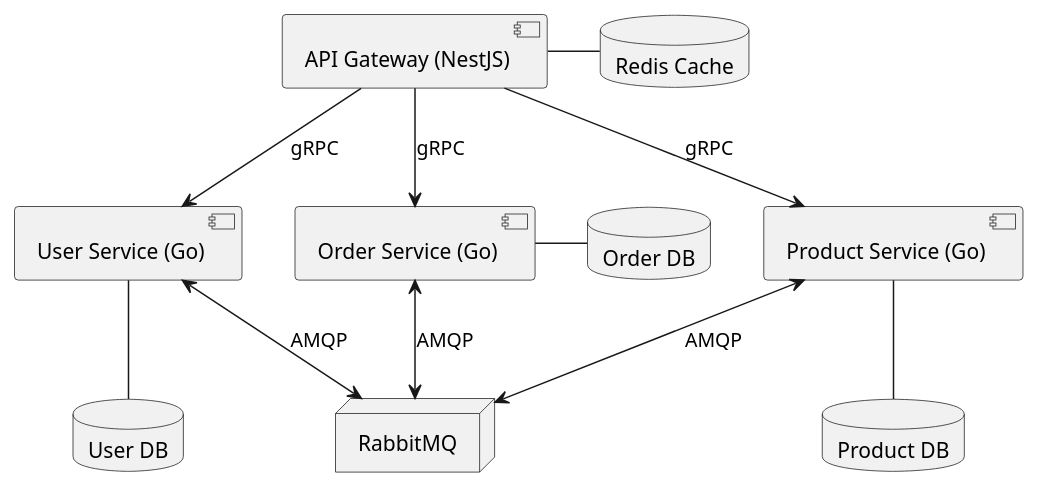
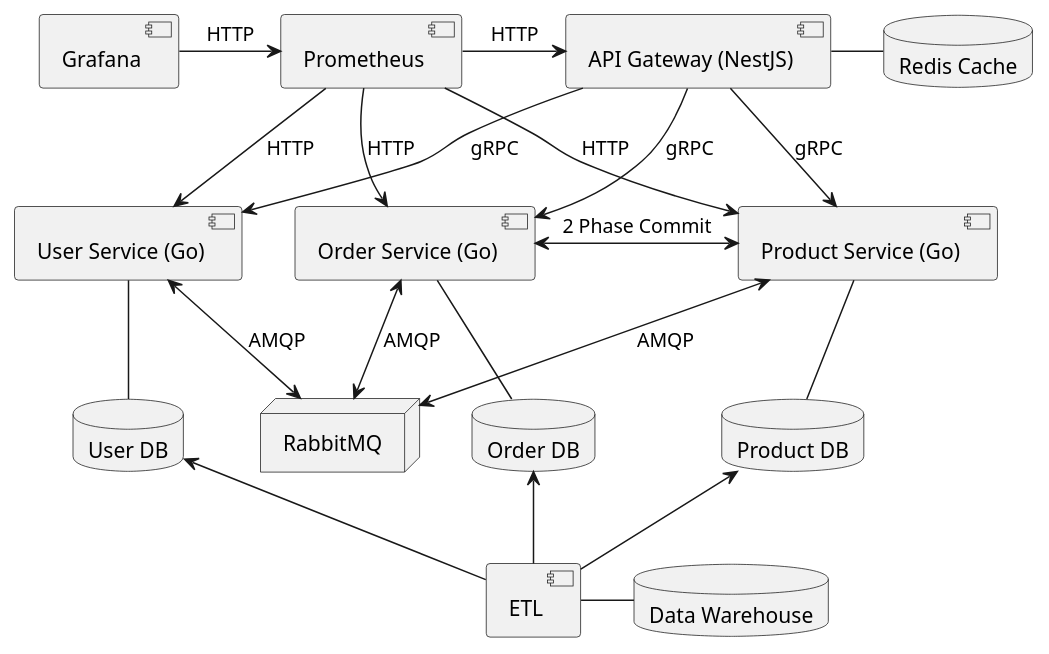
Before and after one commit to Marcel-MD/pad-labs: the diagram in diagram.puml, drawn with PlantUML. The commit also changed 5 other files, not shown here.

Commit message:
Update architecture diagram

```diff
--- a/diagram.puml
+++ b/diagram.puml
@@ -1,27 +1,46 @@
 @startuml
+
+[Grafana] as GR
+[Prometheus] as PR
 
 [API Gateway (NestJS)] as AG
 database "Redis Cache" as RDB
 node RabbitMQ as MQ
 
 [User Service (Go)] as US
 database "User DB" as UDB
 [Product Service (Go)] as PS
 database "Product DB" as PDB
 [Order Service (Go)] as OS
 database "Order DB" as ODB
+[ETL] as ETL
+database "Data Warehouse" as DW
 
 AG -right- RDB
 AG --> US : gRPC
 AG --> PS : gRPC
 AG --> OS : gRPC
 
 US -down- UDB
 PS -down- PDB
-OS - ODB
+OS -down- ODB
 
+OS <-right-> PS : 2 Phase Commit
+US -right[hidden]- OS
 US <--> MQ : AMQP
 PS <--> MQ : AMQP
 OS <--> MQ : AMQP
 
+GR -> PR : HTTP
+PR -> AG : HTTP
+PR --> US : HTTP
+PR --> OS : HTTP
+PR --> PS : HTTP
+
+UDB <-- ETL
+PDB <-- ETL
+ODB <-- ETL
+
+ETL - DW
+
 @enduml
```
